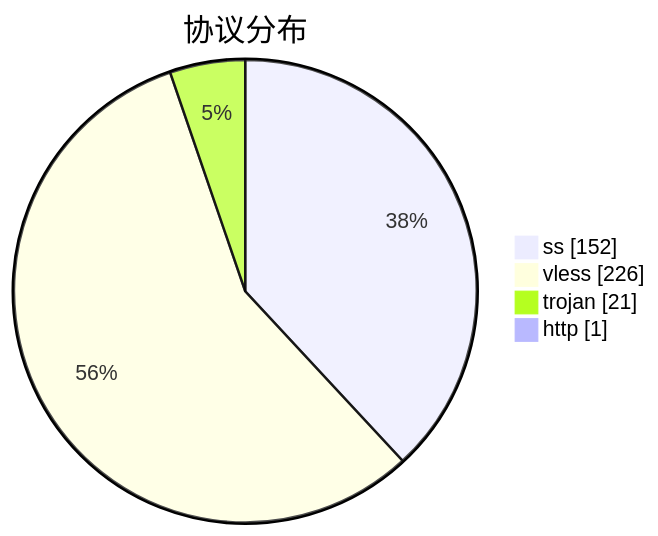
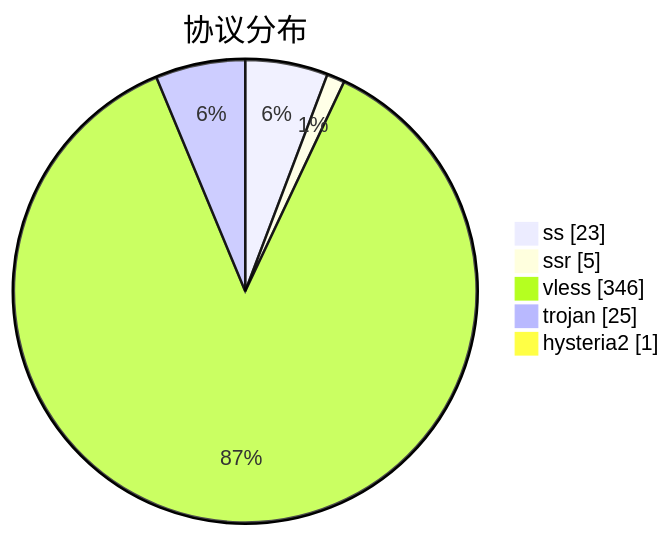
The third of 3 diagrams in subs/statistics/tested_within.md (qjlxg/airport), drawn with Mermaid before and after one commit. The commit also changed other lines of this file and 2 other files, not shown here.

````diff
--- a/subs/statistics/tested_within.md
+++ b/subs/statistics/tested_within.md
@@ -34,8 +29,9 @@
 ```mermaid
 pie showData
 title 协议分布
-"ss" : 152
-"vless" : 226
-"trojan" : 21
-"http" : 1
+"ss" : 23
+"ssr" : 5
+"vless" : 346
+"trojan" : 25
+"hysteria2" : 1
 ```
````
